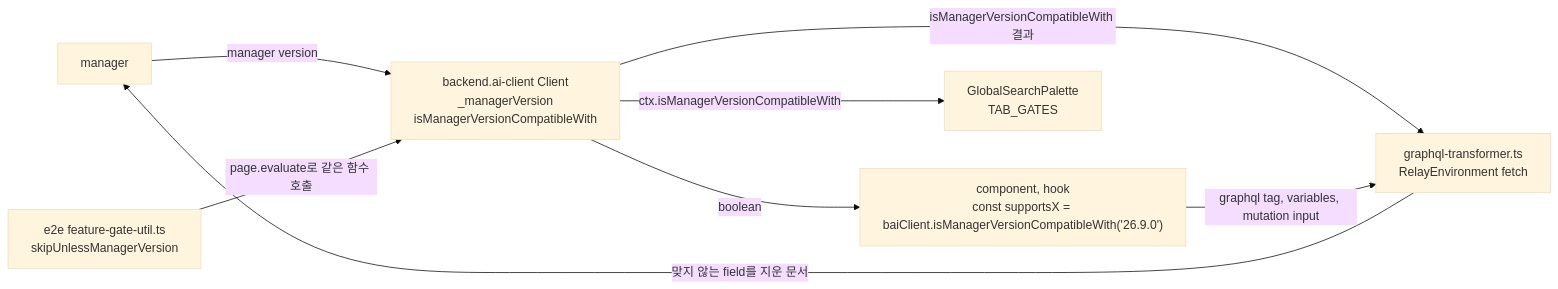
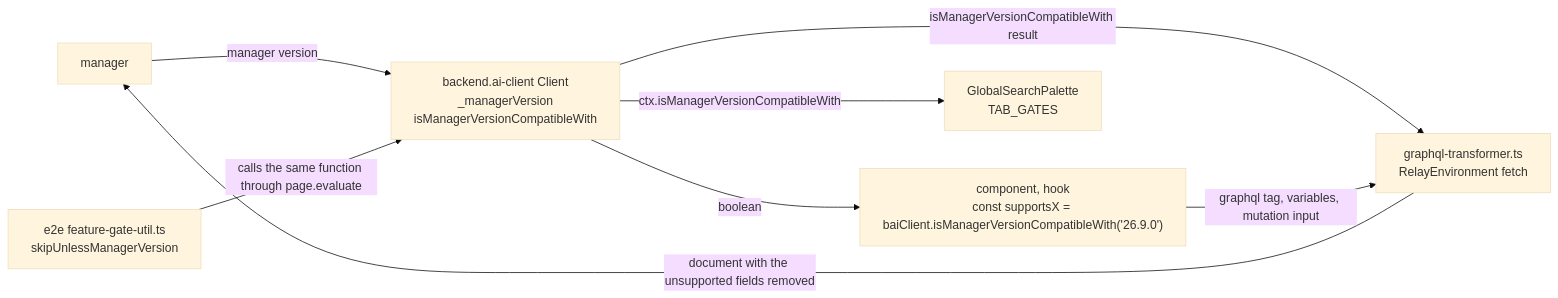
Before and after one commit to lablup/backend.ai-webui: the first of 2 diagrams in docs/adr/0010-component-level-manager-version-gates.md, drawn with Mermaid (base theme). The commit also changed other lines of this file and 15 other files, not shown here.

First line of the commit message:
chore(#10802): translate ADR 0003–0017 and ARCHITECTURE.md into English

````diff
--- a/docs/adr/0010-component-level-manager-version-gates.md
+++ b/docs/adr/0010-component-level-manager-version-gates.md
@@ -28,16 +28,16 @@
 ```mermaid
 flowchart LR
   manager["manager"]
   client["backend.ai-client Client<br/>_managerVersion<br/>isManagerVersionCompatibleWith"]
   component["component, hook<br/>const supportsX = baiClient.isManagerVersionCompatibleWith('26.9.0')"]
   transformer["graphql-transformer.ts<br/>RelayEnvironment fetch"]
   palette["GlobalSearchPalette<br/>TAB_GATES"]
   e2e["e2e feature-gate-util.ts<br/>skipUnlessManagerVersion"]
   manager -- "manager version" --> client
   client -- "boolean" --> component
-  client -- "isManagerVersionCompatibleWith 결과" --> transformer
+  client -- "isManagerVersionCompatibleWith result" --> transformer
   client -- "ctx.isManagerVersionCompatibleWith" --> palette
-  e2e -- "page.evaluate로 같은 함수 호출" --> client
+  e2e -- "calls the same function through page.evaluate" --> client
   component -- "graphql tag, variables, mutation input" --> transformer
-  transformer -- "맞지 않는 field를 지운 문서" --> manager
+  transformer -- "document with the unsupported fields removed" --> manager
 ```
````
